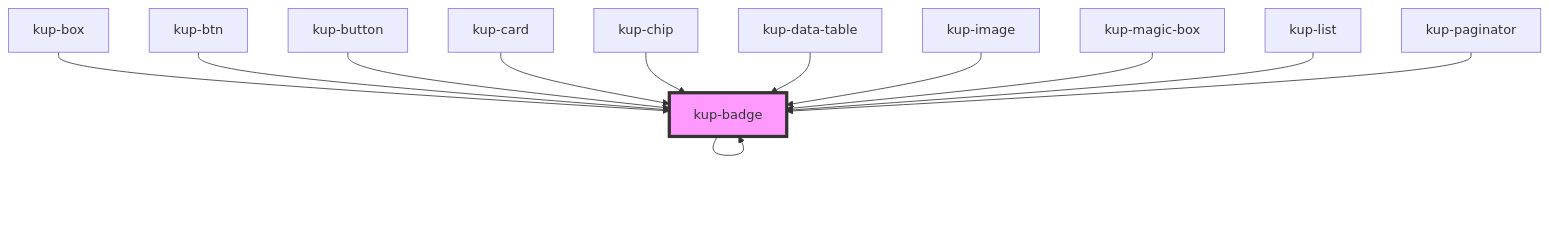
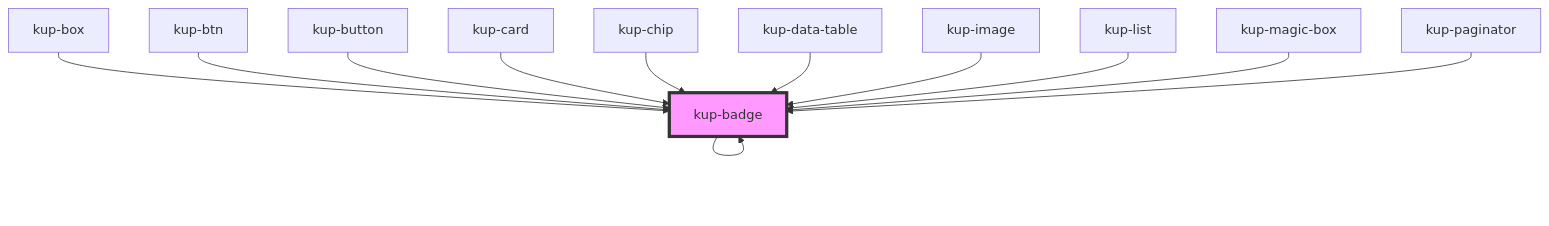
The diagram in packages/ketchup/src/components/kup-badge/readme.md (smeup/ketchup), drawn with Mermaid before and after one commit. The commit also changed other lines of this file and 1 other file, not shown here.

````diff
--- a/packages/ketchup/src/components/kup-badge/readme.md
+++ b/packages/ketchup/src/components/kup-badge/readme.md
@@ -57,15 +66,15 @@
 ```mermaid
 graph TD;
   kup-badge --> kup-badge
   kup-box --> kup-badge
   kup-btn --> kup-badge
   kup-button --> kup-badge
   kup-card --> kup-badge
   kup-chip --> kup-badge
   kup-data-table --> kup-badge
   kup-image --> kup-badge
+  kup-list --> kup-badge
   kup-magic-box --> kup-badge
-  kup-list --> kup-badge
   kup-paginator --> kup-badge
   style kup-badge fill:#f9f,stroke:#333,stroke-width:4px
 ```
````
